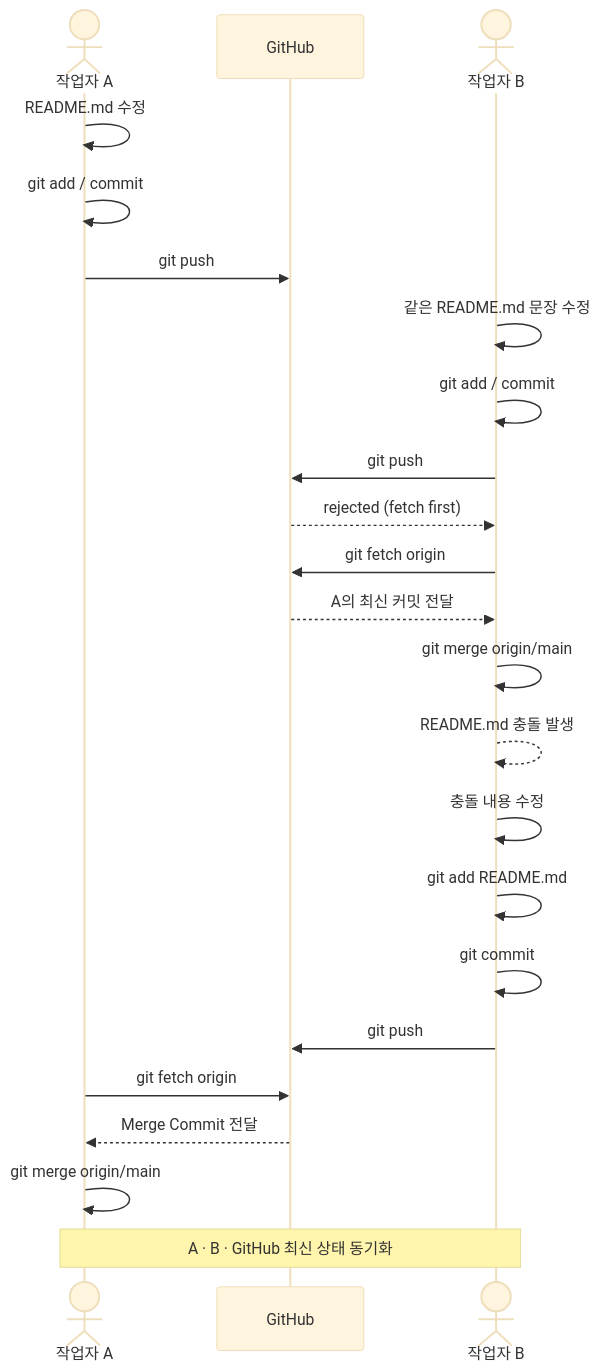
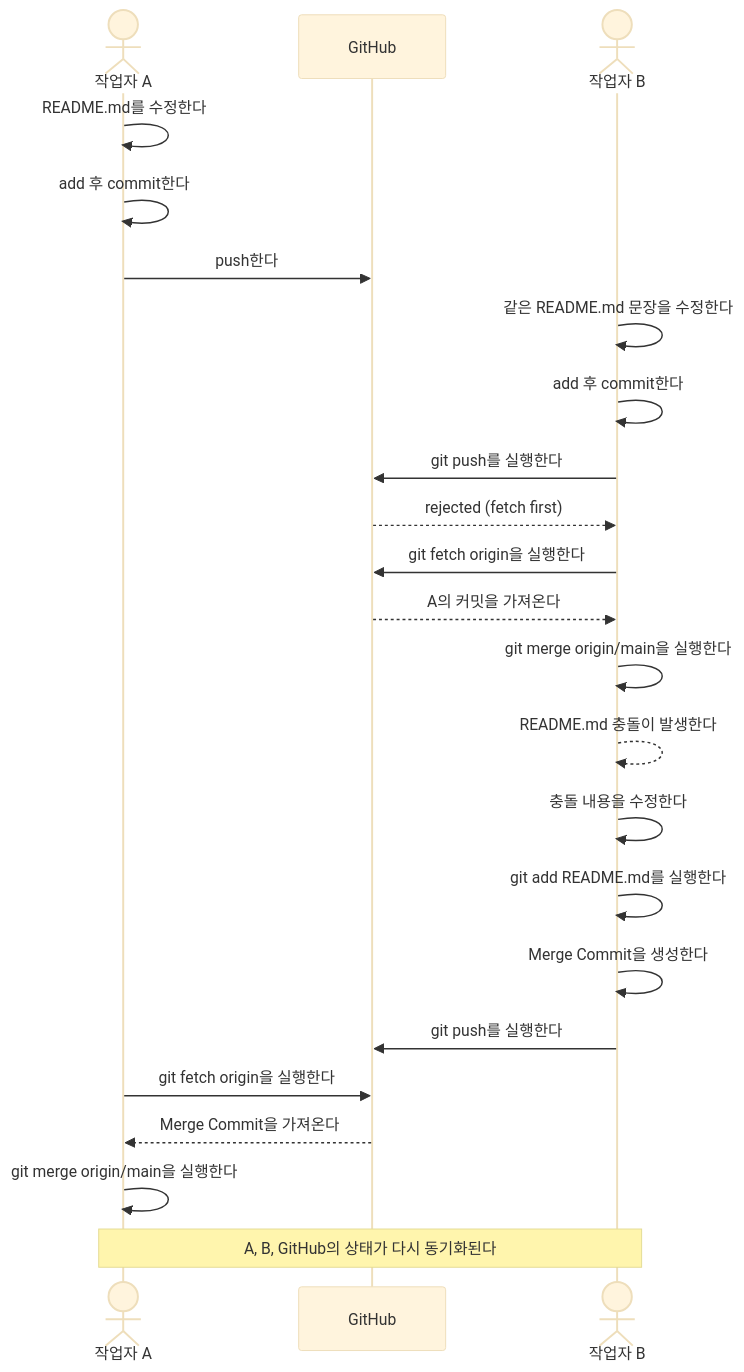
One commit to munchkin112/2026-git-start changed the second of 2 diagrams in README.md. Above: the diagram before and after it, drawn with Mermaid (base theme). The commit also changed other lines of this file, not shown here.

````diff
--- a/README.md
+++ b/README.md
@@ -120,35 +127,35 @@
 ```mermaid
 sequenceDiagram
     actor A as 작업자 A
     participant GH as GitHub
     actor B as 작업자 B
 
-    A->>A: README.md 수정
-    A->>A: git add / commit
-    A->>GH: git push
+    A->>A: README.md를 수정한다
+    A->>A: add 후 commit한다
+    A->>GH: push한다
 
-    B->>B: 같은 README.md 문장 수정
-    B->>B: git add / commit
+    B->>B: 같은 README.md 문장을 수정한다
+    B->>B: add 후 commit한다
 
-    B->>GH: git push
+    B->>GH: git push를 실행한다
     GH-->>B: rejected (fetch first)
 
-    B->>GH: git fetch origin
-    GH-->>B: A의 최신 커밋 전달
+    B->>GH: git fetch origin을 실행한다
+    GH-->>B: A의 커밋을 가져온다
 
-    B->>B: git merge origin/main
-    B-->>B: README.md 충돌 발생
+    B->>B: git merge origin/main을 실행한다
+    B-->>B: README.md 충돌이 발생한다
 
-    B->>B: 충돌 내용 수정
-    B->>B: git add README.md
-    B->>B: git commit
+    B->>B: 충돌 내용을 수정한다
+    B->>B: git add README.md를 실행한다
+    B->>B: Merge Commit을 생성한다
 
-    B->>GH: git push
+    B->>GH: git push를 실행한다
 
-    A->>GH: git fetch origin
-    GH-->>A: Merge Commit 전달
+    A->>GH: git fetch origin을 실행한다
+    GH-->>A: Merge Commit을 가져온다
 
-    A->>A: git merge origin/main
+    A->>A: git merge origin/main을 실행한다
 
-    Note over A,B: A · B · GitHub 최신 상태 동기화
+    Note over A,B: A, B, GitHub의 상태가 다시 동기화된다
 ```
````
